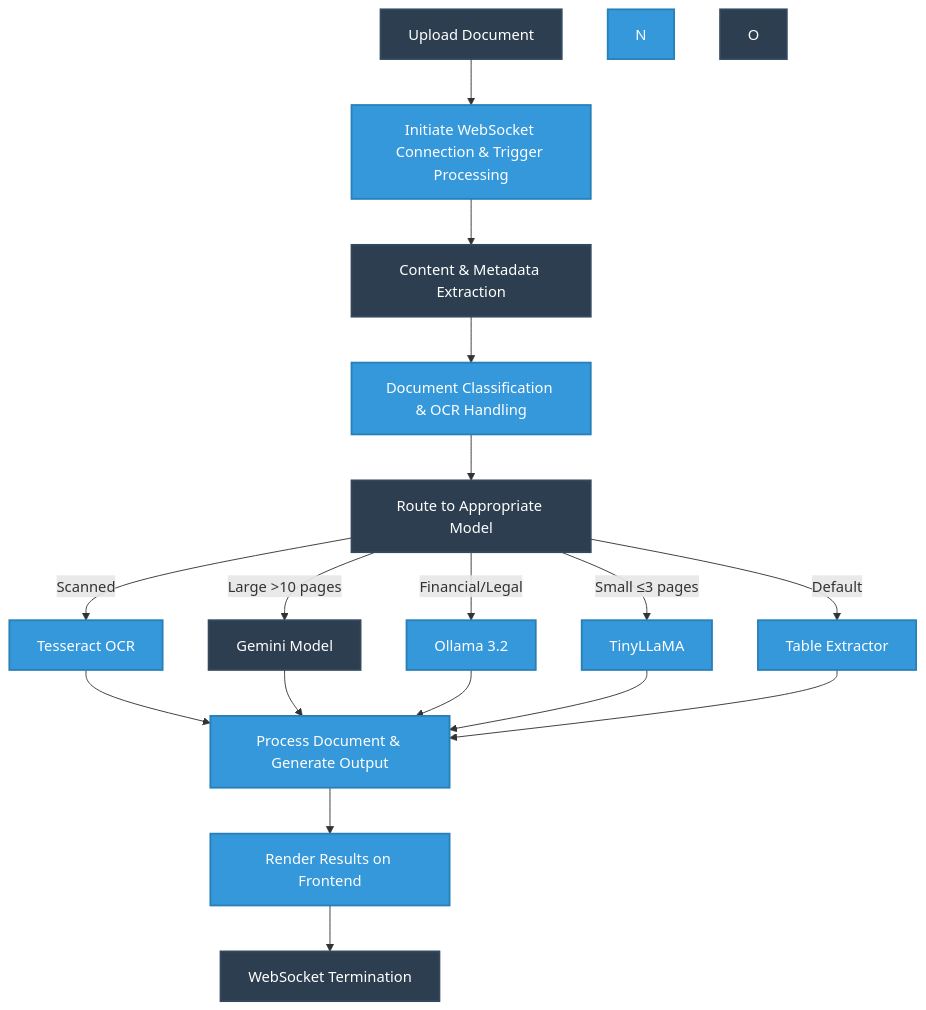
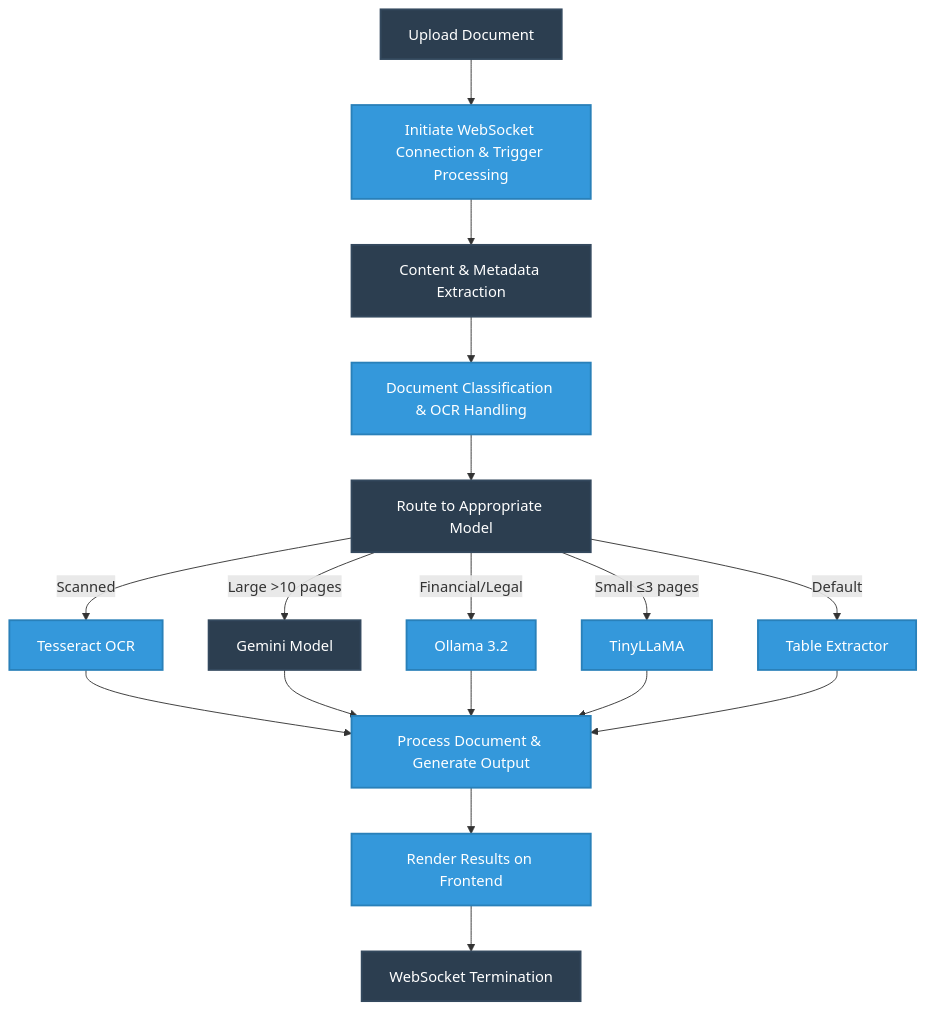
The diagram in README.md (pharshithaa/document-processing-system), drawn with Mermaid before and after one commit. The commit also changed other lines of this file, not shown here.

````diff
--- a/README.md
+++ b/README.md
@@ -9,47 +7,45 @@
 ```mermaid
 graph TD
     %% Frontend Flow
     A[Upload Document] --> B[Initiate WebSocket Connection & Trigger Processing]
     B --> C[Content & Metadata Extraction]
     
     %% Backend Processing
     C --> D[Document Classification & OCR Handling]
     D --> E[Route to Appropriate Model]
 
     %% Processing Paths
     E -->|Scanned| F[Tesseract OCR]
     E -->|Large >10 pages| G[Gemini Model]
     E -->|Financial/Legal| H[Ollama 3.2]
     E -->|Small ≤3 pages| I[TinyLLaMA]
     E -->|Default| J[Table Extractor]
     
     %% Content Processing
     F --> K[Process Document & Generate Output]
     G --> K
     H --> K
     I --> K
     J --> K
 
     
     %% Results & Status
     K --> L[Render Results on Frontend]
     L --> M[WebSocket Termination]
     
 
     %% Styling - Professional Blue Theme
     style A fill:#2c3e50,stroke:#34495e,stroke-width:2px,color:#fff
     style B fill:#3498db,stroke:#2980b9,stroke-width:2px,color:#fff
     style C fill:#2c3e50,stroke:#34495e,stroke-width:2px,color:#fff
     style D fill:#3498db,stroke:#2980b9,stroke-width:2px,color:#fff
     style E fill:#2c3e50,stroke:#34495e,stroke-width:2px,color:#fff
     style F fill:#3498db,stroke:#2980b9,stroke-width:2px,color:#fff
     style G fill:#2c3e50,stroke:#34495e,stroke-width:2px,color:#fff
     style H fill:#3498db,stroke:#2980b9,stroke-width:2px,color:#fff
     style I fill:#3498db,stroke:#2980b9,stroke-width:2px,color:#fff
     style J fill:#3498db,stroke:#2980b9,stroke-width:2px,color:#fff
     style K fill:#3498db,stroke:#2980b9,stroke-width:2px,color:#fff
     style L fill:#3498db,stroke:#2980b9,stroke-width:2px,color:#fff
     style M fill:#2c3e50,stroke:#34495e,stroke-width:2px,color:#fff
-    style N fill:#3498db,stroke:#2980b9,stroke-width:2px,color:#fff
-    style O fill:#2c3e50,stroke:#34495e,stroke-width:2px,color:#fff
 ```
````
